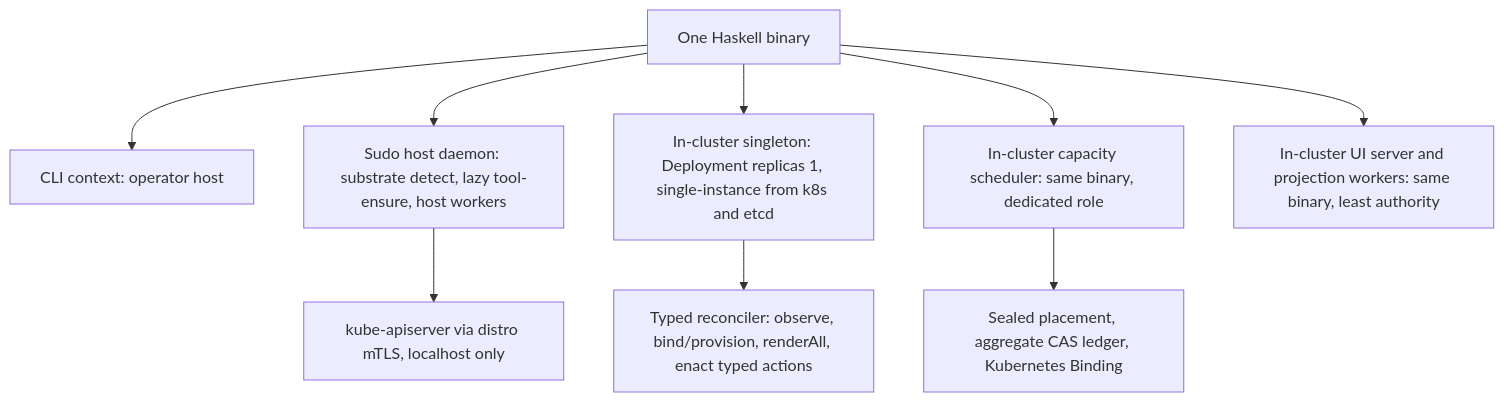
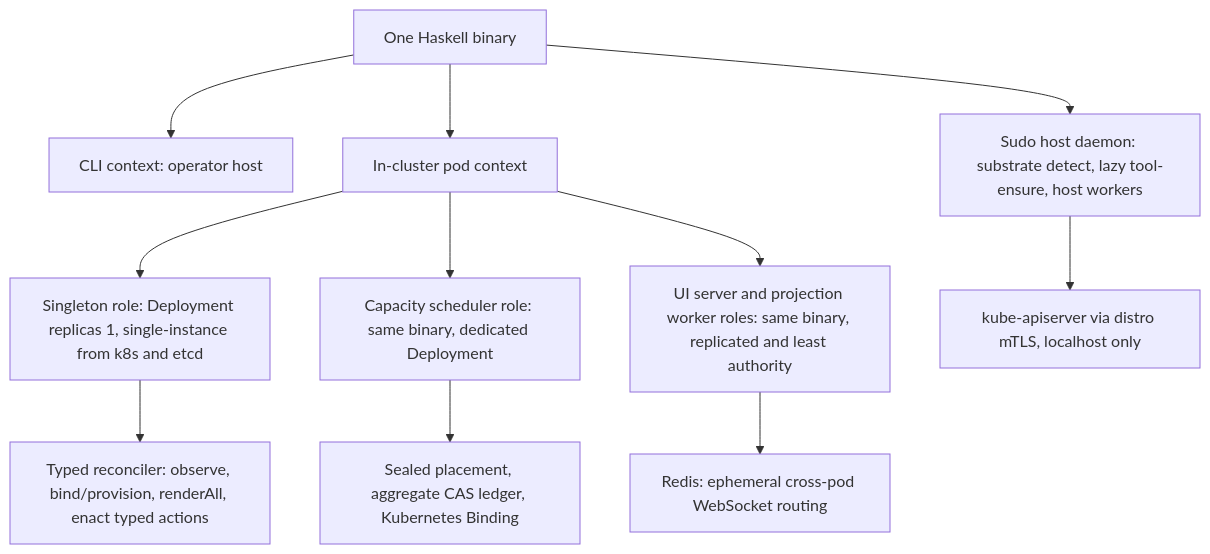
The diagram in DEVELOPMENT_PLAN/overview.md (Tuee22/amoebius), drawn with Mermaid before and after one commit. The commit also changed other lines of this file and 49 other files, not shown here.

````diff
--- a/DEVELOPMENT_PLAN/overview.md
+++ b/DEVELOPMENT_PLAN/overview.md
@@ -53,11 +57,13 @@
 ```mermaid
 flowchart TD
   src[One Haskell binary] --> cli[CLI context: operator host]
   src --> host[Sudo host daemon: substrate detect, lazy tool-ensure, host workers]
-  src --> pod[In-cluster singleton: Deployment replicas 1, single-instance from k8s and etcd]
-  src --> sched[In-cluster capacity scheduler: same binary, dedicated role]
-  src --> ui[In-cluster UI server and projection workers: same binary, least authority]
+  src --> pod[In-cluster pod context]
+  pod --> singleton[Singleton role: Deployment replicas 1, single-instance from k8s and etcd]
+  pod --> sched[Capacity scheduler role: same binary, dedicated Deployment]
+  pod --> ui[UI server and projection worker roles: same binary, replicated and least authority]
   host --> kube[kube-apiserver via distro mTLS, localhost only]
-  pod --> recon[Typed reconciler: observe, bind/provision, renderAll, enact typed actions]
+  singleton --> recon[Typed reconciler: observe, bind/provision, renderAll, enact typed actions]
   sched --> bind[Sealed placement, aggregate CAS ledger, Kubernetes Binding]
+  ui --> redis[Redis: ephemeral cross-pod WebSocket routing]
 ```
````
